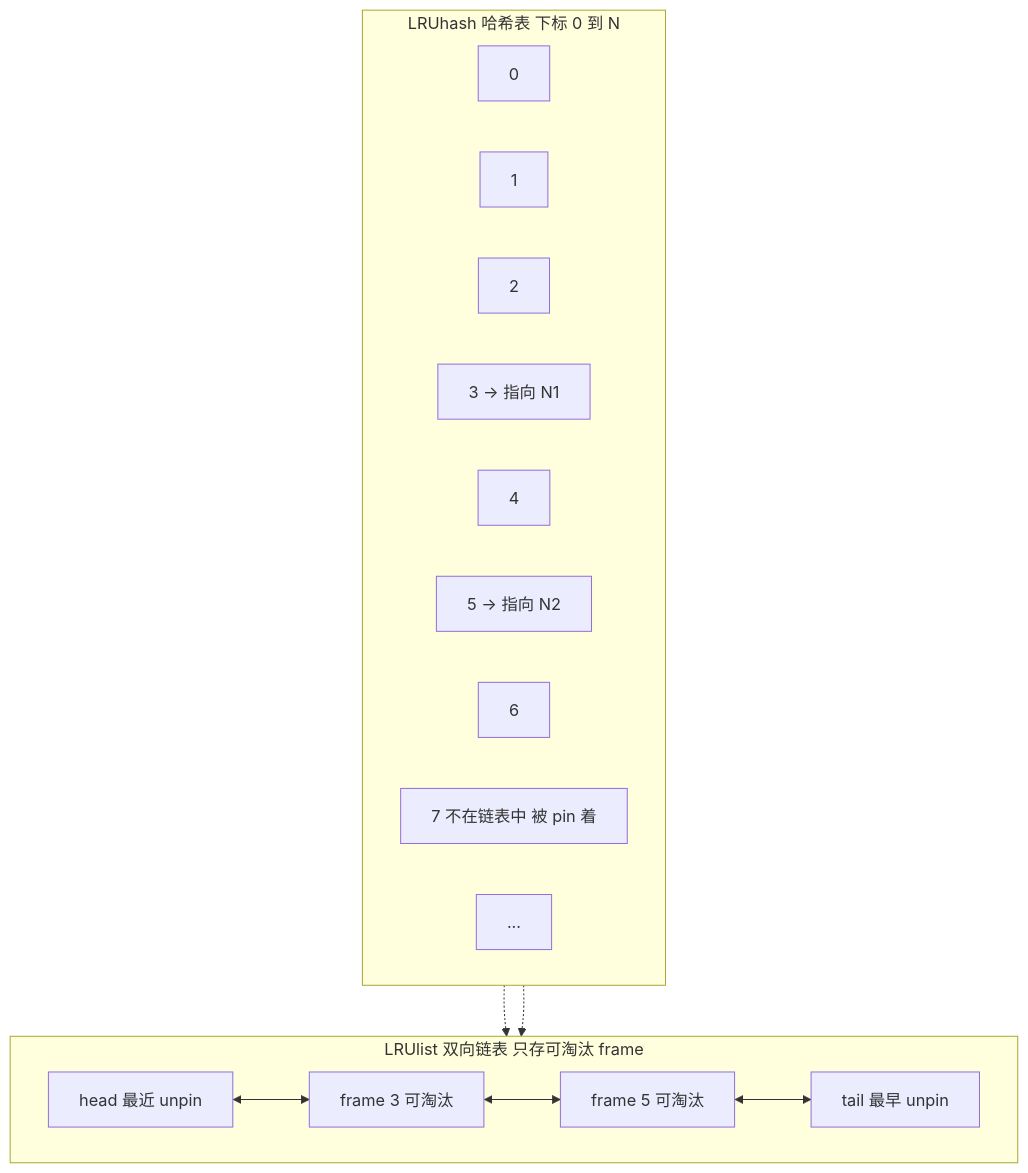
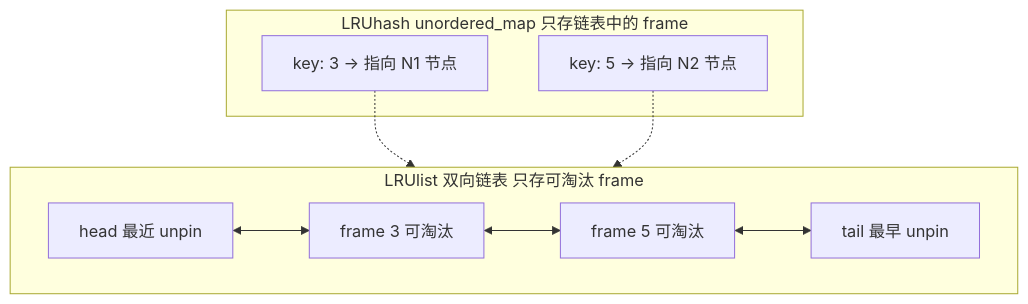
The first of 9 diagrams in my-analysis/01-storage-layer/07-page-replacer.md (Dorian7Alden/RMDB-2024-Analyze), drawn with Mermaid before and after one commit. The commit also changed other lines of this file, not shown here.

Commit message:
调整 LRU 哈希图：去掉数组下标风格 改为 unordered_map 键值映射

````diff
--- a/my-analysis/01-storage-layer/07-page-replacer.md
+++ b/my-analysis/01-storage-layer/07-page-replacer.md
@@ -46,25 +46,17 @@
 ```mermaid
 flowchart TD
     subgraph LIST["LRUlist 双向链表 只存可淘汰 frame"]
         direction LR
         HEAD["head 最近 unpin"] <--> N1["frame 3 可淘汰"]
         N1 <--> N2["frame 5 可淘汰"]
         N2 <--> TAIL["tail 最早 unpin"]
     end
 
-    subgraph HASH["LRUhash 哈希表 下标 0 到 N"]
-        direction LR
-        H0["0"]
-        H1["1"]
-        H2["2"]
-        H3["3 → 指向 N1"]
-        H4["4"]
-        H5["5 → 指向 N2"]
-        H6["6"]
-        H7["7 不在链表中 被 pin 着"]
-        HD["..."]
+    subgraph HASH["LRUhash unordered_map 只存链表中的 frame"]
+        H3["key: 3 → 指向 N1 节点"]
+        H5["key: 5 → 指向 N2 节点"]
     end
 
     H3 -.-> N1
     H5 -.-> N2
 ```
````
